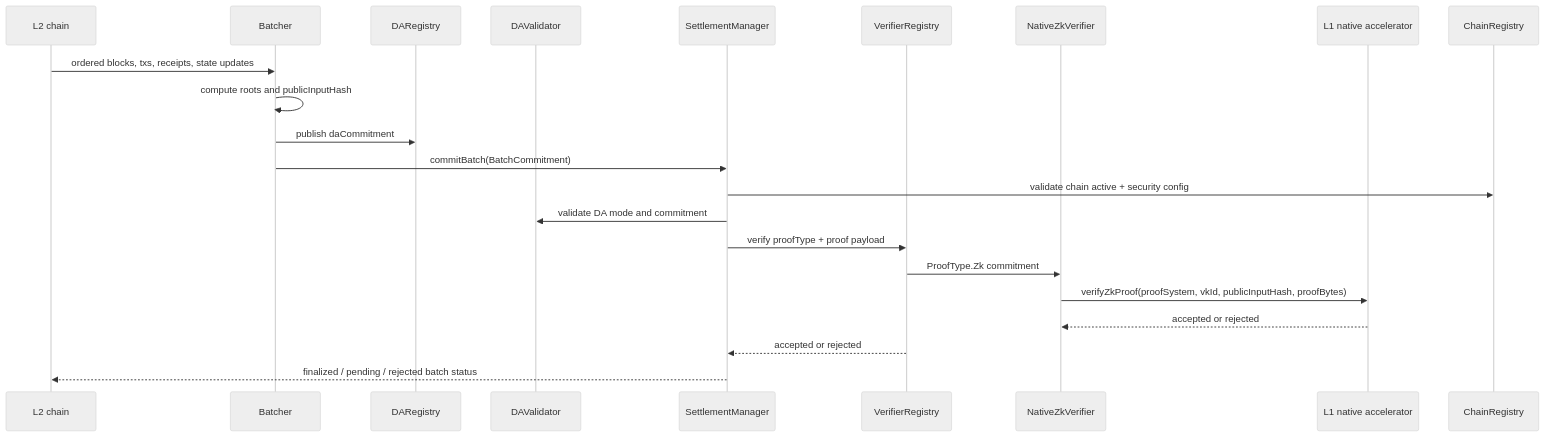
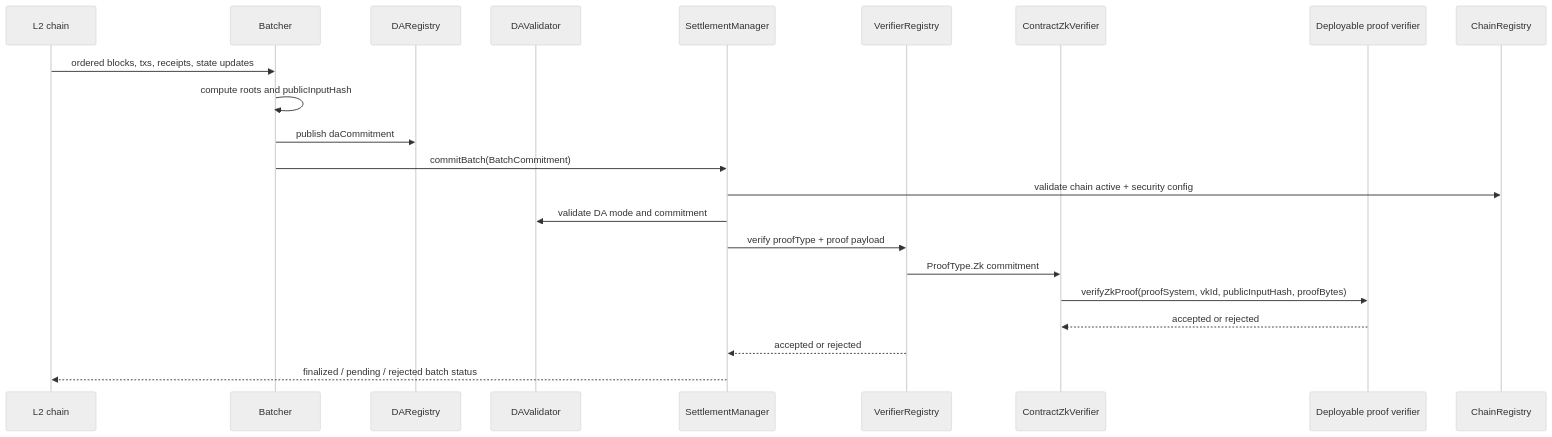
The fifth of 10 diagrams in docs/neohub-architecture-and-workflows.md (r3e-network/neo-n4), drawn with Mermaid (neutral theme) before and after one commit. The commit also changed other lines of this file and 97 other files, not shown here.

````diff
--- a/docs/neohub-architecture-and-workflows.md
+++ b/docs/neohub-architecture-and-workflows.md
@@ -222,25 +223,25 @@
 ```mermaid
 sequenceDiagram
     participant L2 as L2 chain
     participant Batcher
     participant DA as DARegistry
     participant DAVal as DAValidator
     participant Settle as SettlementManager
     participant Verifier as VerifierRegistry
-    participant NativeZk as NativeZkVerifier
-    participant Native as L1 native accelerator
+    participant NativeZk as ContractZkVerifier
+    participant Native as Deployable proof verifier
     participant Chain as ChainRegistry
 
     L2->>Batcher: ordered blocks, txs, receipts, state updates
     Batcher->>Batcher: compute roots and publicInputHash
     Batcher->>DA: publish daCommitment
     Batcher->>Settle: commitBatch(BatchCommitment)
     Settle->>Chain: validate chain active + security config
     Settle->>DAVal: validate DA mode and commitment
     Settle->>Verifier: verify proofType + proof payload
     Verifier->>NativeZk: ProofType.Zk commitment
     NativeZk->>Native: verifyZkProof(proofSystem, vkId, publicInputHash, proofBytes)
     Native-->>NativeZk: accepted or rejected
     Verifier-->>Settle: accepted or rejected
     Settle-->>L2: finalized / pending / rejected batch status
 ```
````
